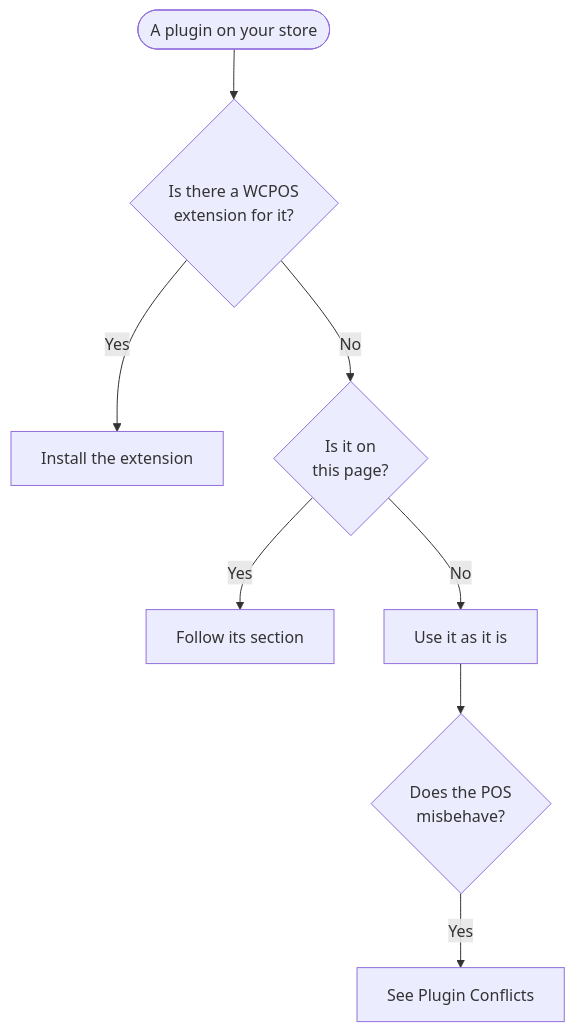
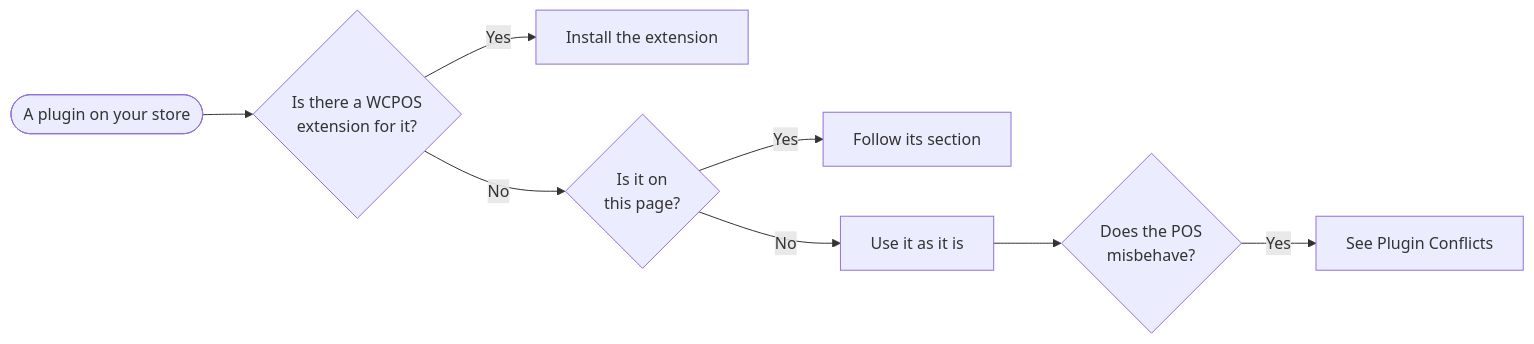
One commit to wcpos/docs changed the diagram in versioned_docs/version-2.x/integrations/index.mdx. Above: the diagram before and after it, drawn with Mermaid.

Commit message:
docs(2.x): integrations/index r2 — compact chart

````diff
--- a/versioned_docs/version-2.x/integrations/index.mdx
+++ b/versioned_docs/version-2.x/integrations/index.mdx
@@ -22,10 +22,10 @@
 ```mermaid
-flowchart TD
+flowchart LR
     Plugin([A plugin on your store]) --> Ext{Is there a WCPOS<br/>extension for it?}
     Ext -->|Yes| Install[Install the extension]
     Ext -->|No| Listed{Is it on<br/>this page?}
     Listed -->|Yes| Follow[Follow its section]
     Listed -->|No| Use[Use it as it is]
     Use --> Wrong{Does the POS<br/>misbehave?}
     Wrong -->|Yes| Conflicts[See Plugin Conflicts]
 ```
````
